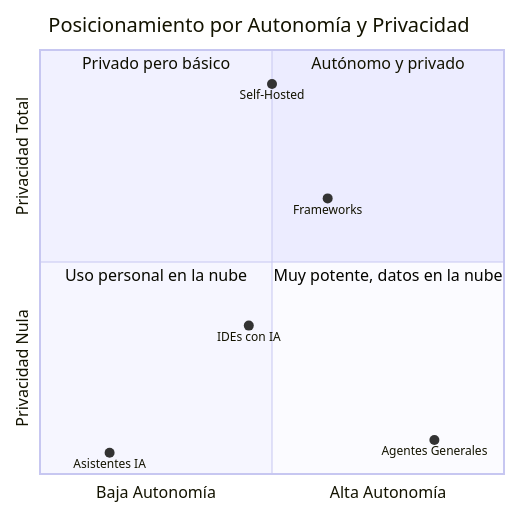
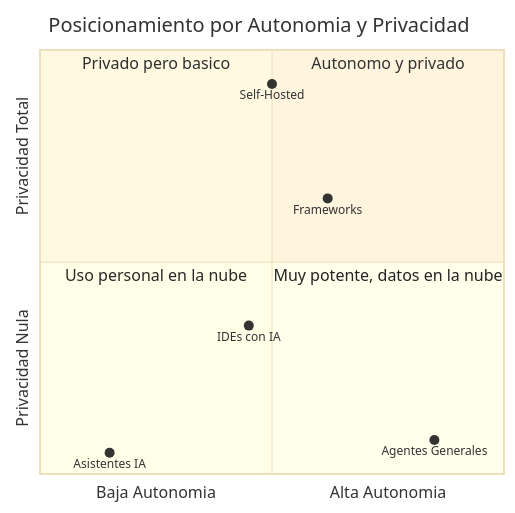
The second of 6 diagrams in README.md (pjbarberoiglesias/Panorama-IA), drawn with Mermaid before and after one commit. The commit also changed other lines of this file and 3 other files, not shown here.

````diff
--- a/README.md
+++ b/README.md
@@ -55,15 +56,16 @@
 ```mermaid
+%%{init: {'theme': 'base'}}%%
 quadrantChart
-    title Posicionamiento por Autonomía y Privacidad
-    x-axis "Baja Autonomía" --> "Alta Autonomía"
+    title Posicionamiento por Autonomia y Privacidad
+    x-axis "Baja Autonomia" --> "Alta Autonomia"
     y-axis "Privacidad Nula" --> "Privacidad Total"
-    quadrant-1 Autónomo y privado
-    quadrant-2 Privado pero básico
+    quadrant-1 Autonomo y privado
+    quadrant-2 Privado pero basico
     quadrant-3 Uso personal en la nube
     quadrant-4 Muy potente, datos en la nube
     Asistentes IA: [0.15, 0.05]
     IDEs con IA: [0.45, 0.35]
     Agentes Generales: [0.85, 0.08]
     Self-Hosted: [0.50, 0.92]
     Frameworks: [0.62, 0.65]
 ```
````
